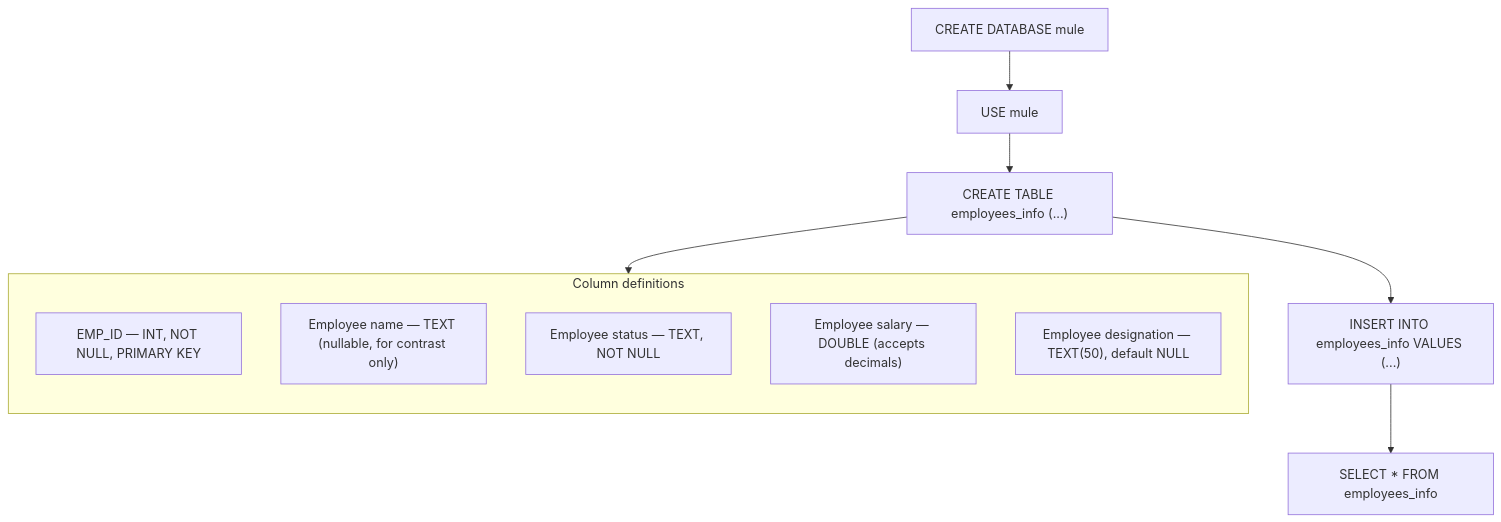
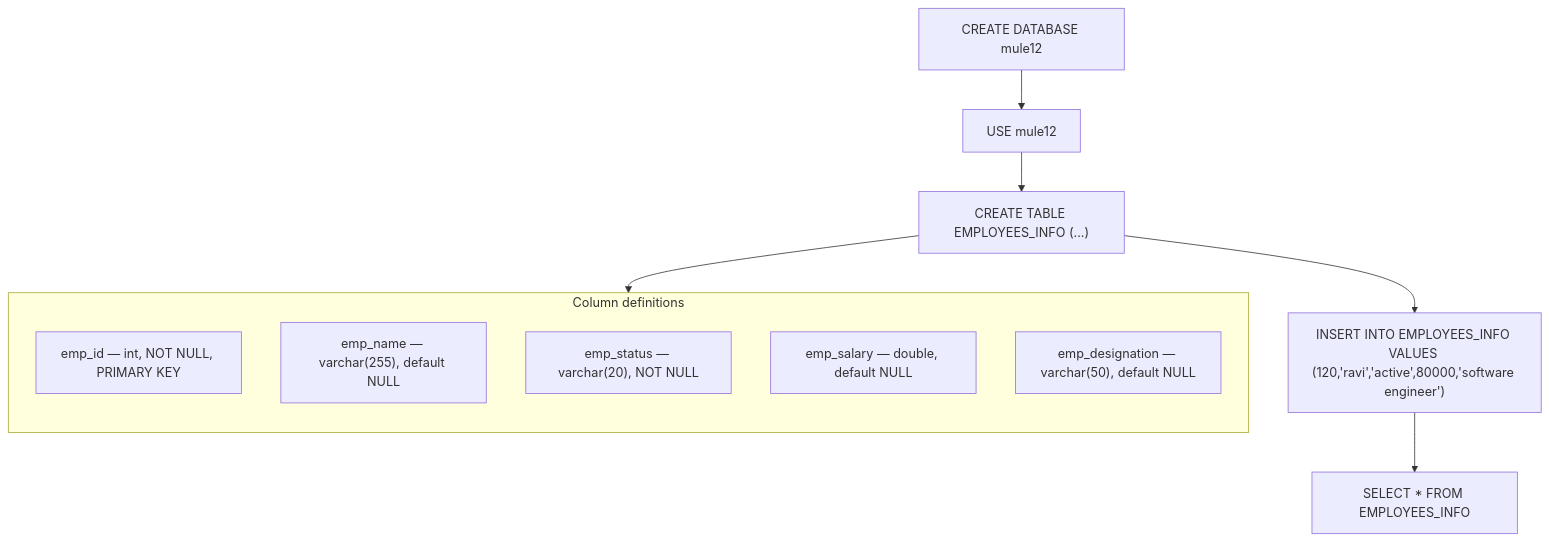
The fourth of 11 diagrams in detailed-notes/day29.md (developerashok99/green-c-mule-notes), drawn with Mermaid before and after one commit. The commit also changed other lines of this file and 1 other file, not shown here.

````diff
--- a/detailed-notes/day29.md
+++ b/detailed-notes/day29.md
@@ -47,16 +61,16 @@
 ```mermaid
 flowchart TB
-    C1["CREATE DATABASE mule"] --> C2["USE mule"]
-    C2 --> C3["CREATE TABLE employees_info (...)"]
+    C1["CREATE DATABASE mule12"] --> C2["USE mule12"]
+    C2 --> C3["CREATE TABLE EMPLOYEES_INFO (...)"]
     C3 --> Cols
     subgraph Cols["Column definitions"]
         direction TB
-        A["EMP_ID — INT, NOT NULL, PRIMARY KEY"]
-        B["Employee name — TEXT (nullable, for contrast only)"]
-        C["Employee status — TEXT, NOT NULL"]
-        D["Employee salary — DOUBLE (accepts decimals)"]
-        E["Employee designation — TEXT(50), default NULL"]
+        A["emp_id — int, NOT NULL, PRIMARY KEY"]
+        B["emp_name — varchar(255), default NULL"]
+        C["emp_status — varchar(20), NOT NULL"]
+        D["emp_salary — double, default NULL"]
+        E["emp_designation — varchar(50), default NULL"]
     end
-    C3 --> Insert["INSERT INTO employees_info VALUES (...)"]
-    Insert --> Select["SELECT * FROM employees_info"]
+    C3 --> Insert["INSERT INTO EMPLOYEES_INFO VALUES (120,'ravi','active',80000,'software engineer')"]
+    Insert --> Select["SELECT * FROM EMPLOYEES_INFO"]
 ```
````
